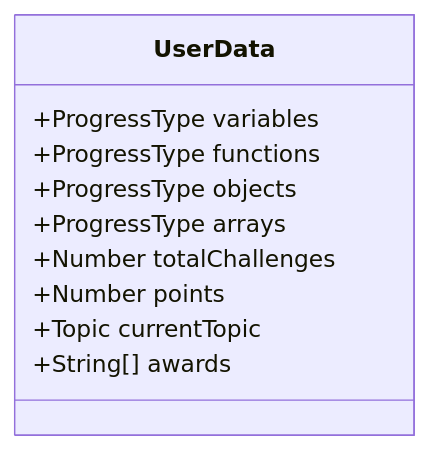
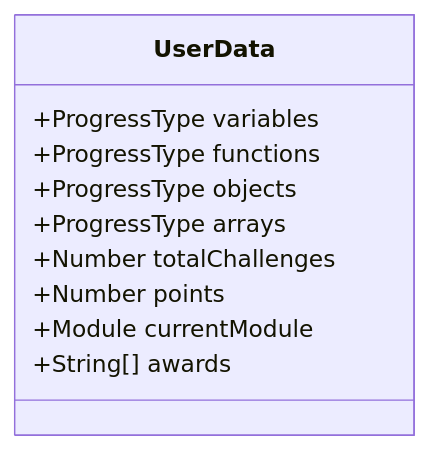
The third of 3 diagrams in FlowChart.md (stepsen89/eduplay-nexus), drawn with Mermaid before and after one commit. The commit also changed other lines of this file and 18 other files, not shown here.

`````diff
--- a/FlowChart.md
+++ b/FlowChart.md
@@ -32,15 +32,15 @@
 ````mermaid
 
 classDiagram
     class UserData {
         +ProgressType variables
         +ProgressType functions
         +ProgressType objects
         +ProgressType arrays
         +Number totalChallenges
         +Number points
-        +Topic currentTopic
+        +Module currentModule
         +String[] awards
     }
     ```
 ````
`````
